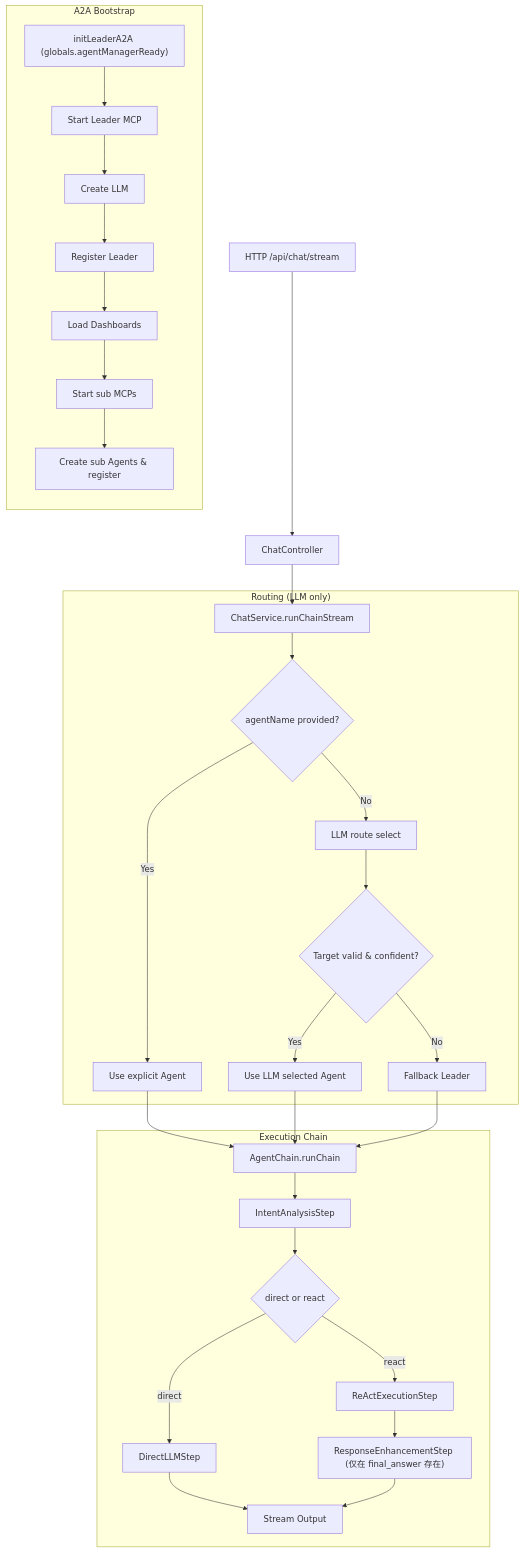
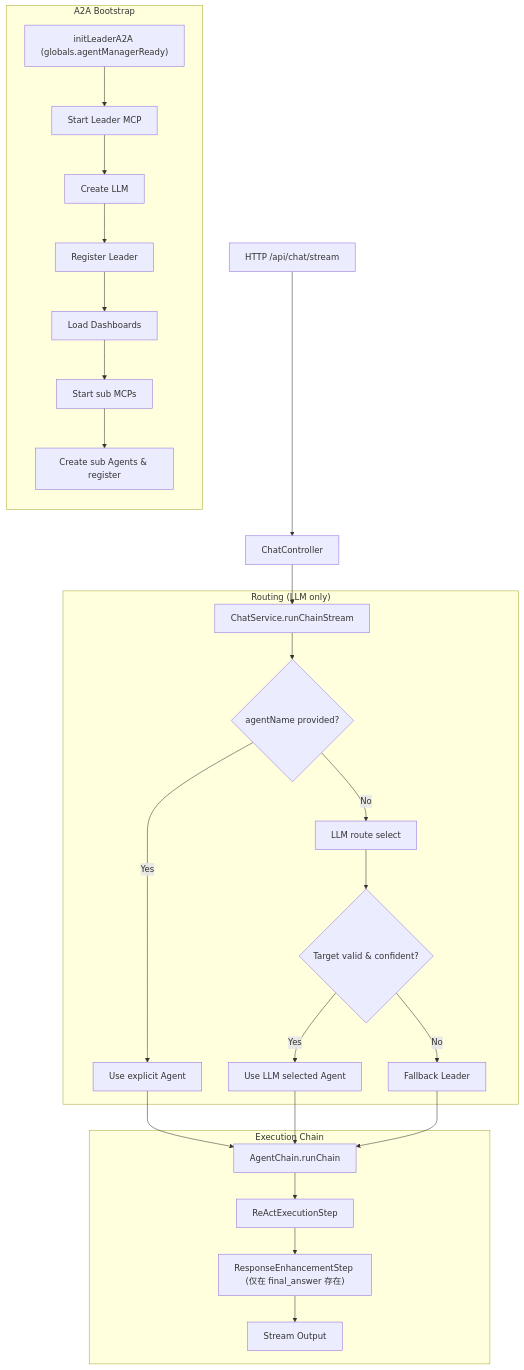
Before and after one commit to seemrcola/bot-server: the diagram in docs/a2a-flow.md, drawn with Mermaid. The commit also changed 4 other files, not shown here.

````diff
--- a/docs/a2a-flow.md
+++ b/docs/a2a-flow.md
@@ -3,41 +3,37 @@
 ```mermaid
 flowchart TB
   %% Entry
   A["HTTP /api/chat/stream"] --> B["ChatController"]
   B --> C["ChatService.runChainStream"]
 
   %% Routing (LLM only)
   subgraph ROUTE["Routing (LLM only)"]
     C --> D{"agentName provided?"}
     D -- "Yes" --> E["Use explicit Agent"]
     D -- "No"  --> F["LLM route select"]
     F --> G{"Target valid & confident?"}
     G -- "Yes" --> H["Use LLM selected Agent"]
     G -- "No"  --> L["Fallback Leader"]
   end
 
   %% Execution Chain
   subgraph EXEC["Execution Chain"]
     H --> M["AgentChain.runChain"]
     E --> M
     L --> M
-    M --> N["IntentAnalysisStep"]
-    N --> O{"direct or react"}
-    O -- "direct" --> P["DirectLLMStep"]
-    O -- "react"  --> Q["ReActExecutionStep"]
+    M --> Q["ReActExecutionStep"]
     Q --> R["ResponseEnhancementStep (仅在 final_answer 存在)"]
-    R --> S
-    P --> S["Stream Output"]
+    R --> S["Stream Output"]
   end
 
   %% Bootstrap
   subgraph BOOT["A2A Bootstrap"]
     direction TB
     T["initLeaderA2A (globals.agentManagerReady)"] --> U["Start Leader MCP"]
     U --> V["Create LLM"]
     V --> W["Register Leader"]
     W --> X["Load Dashboards"]
     X --> Y["Start sub MCPs"]
     Y --> Z["Create sub Agents & register"]
   end
 ```
````
